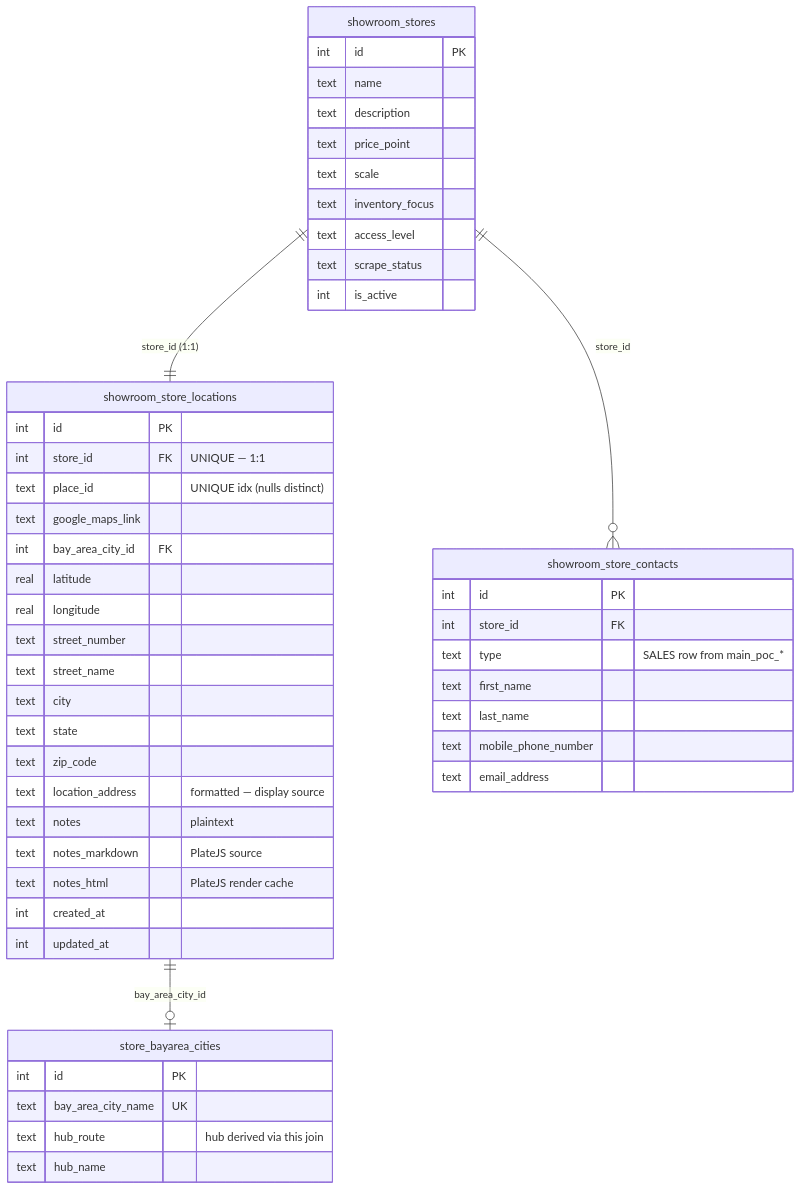
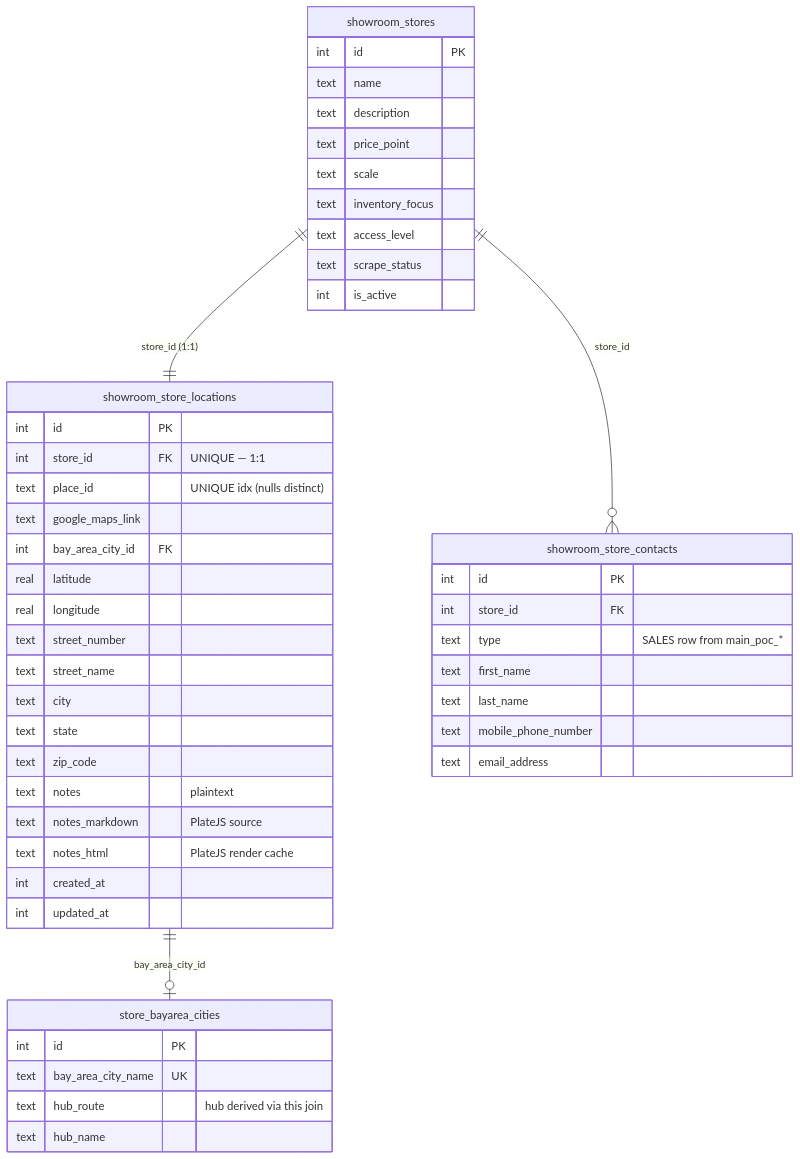
Before and after one commit to jmbish04/core-remodel: the second of 6 diagrams in docs/0031_showroom_stores_location_refactor/IMPLEMENTATION_PLAN.md, drawn with Mermaid. The commit also changed other lines of this file and 2 other files, not shown here.

First line of the commit message:
docs(0031): location_address parse-only (never stored) + dynamic distance

````diff
--- a/docs/0031_showroom_stores_location_refactor/IMPLEMENTATION_PLAN.md
+++ b/docs/0031_showroom_stores_location_refactor/IMPLEMENTATION_PLAN.md
@@ -100,52 +103,51 @@
 ```mermaid
 erDiagram
     showroom_stores {
         int id PK
         text name
         text description
         text price_point
         text scale
         text inventory_focus
         text access_level
         text scrape_status
         int is_active
     }
     showroom_store_locations {
         int id PK
         int store_id FK "UNIQUE — 1:1"
         text place_id "UNIQUE idx (nulls distinct)"
         text google_maps_link
         int bay_area_city_id FK
         real latitude
         real longitude
         text street_number
         text street_name
         text city
         text state
         text zip_code
-        text location_address "formatted — display source"
         text notes "plaintext"
         text notes_markdown "PlateJS source"
         text notes_html "PlateJS render cache"
         int created_at
         int updated_at
     }
     store_bayarea_cities {
         int id PK
         text bay_area_city_name UK
         text hub_route "hub derived via this join"
         text hub_name
     }
     showroom_store_contacts {
         int id PK
         int store_id FK
         text type "SALES row from main_poc_*"
         text first_name
         text last_name
         text mobile_phone_number
         text email_address
     }
     showroom_stores ||--|| showroom_store_locations : "store_id (1:1)"
     showroom_store_locations ||--o| store_bayarea_cities : "bay_area_city_id"
     showroom_stores ||--o{ showroom_store_contacts : "store_id"
 ```
````
